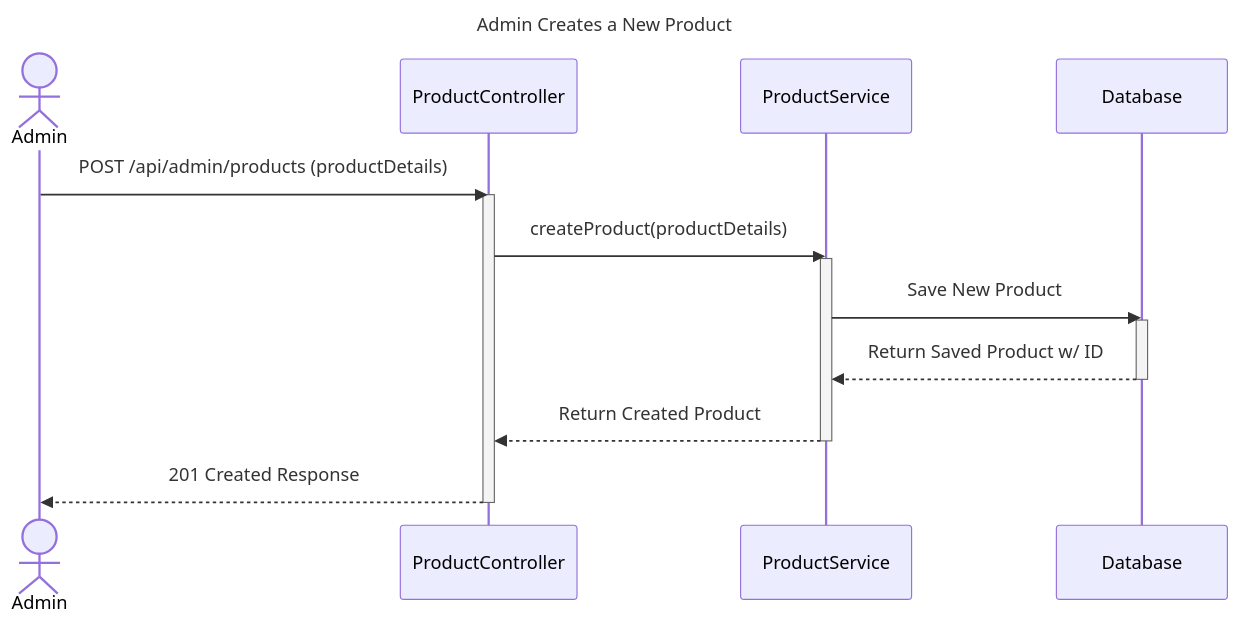
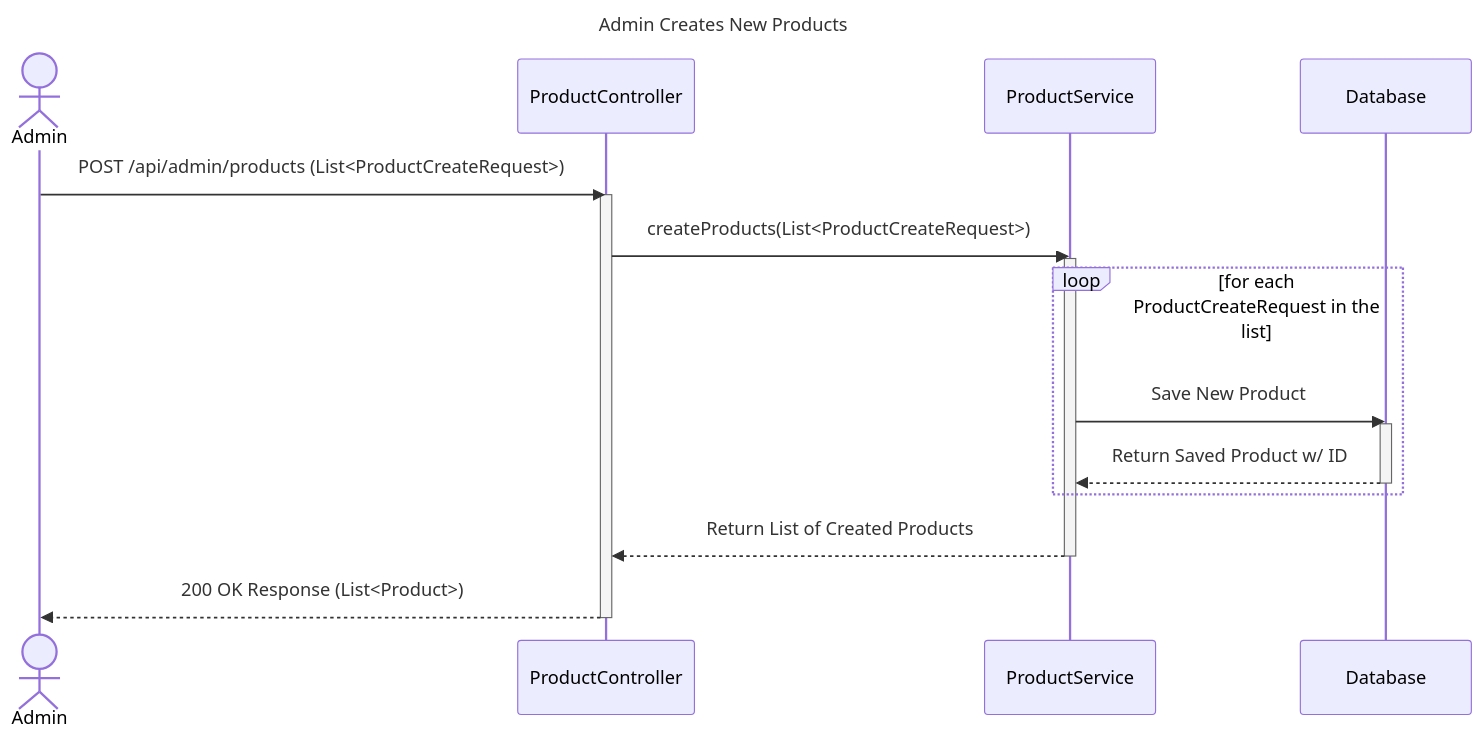
The diagram in degisn/diagram/sequence/admin_create_new_product.mmd (ngaikkeung/electronic-store-checkout-backend), drawn with Mermaid before and after one commit. The commit also changed 1 other file, not shown here.

Commit message:
Update sequence diagram

```diff
--- a/degisn/diagram/sequence/admin_create_new_product.mmd
+++ b/degisn/diagram/sequence/admin_create_new_product.mmd
@@ -1,24 +1,26 @@
 sequenceDiagram
-    title Admin Creates a New Product
+    title Admin Creates New Products
 
     actor Admin
     participant ProductController
     participant ProductService
     participant Database
 
-    Admin->>ProductController: POST /api/admin/products (productDetails)
+    Admin->>ProductController: POST /api/admin/products (List<ProductCreateRequest>)
     activate ProductController
 
-    ProductController->>ProductService: createProduct(productDetails)
+    ProductController->>ProductService: createProducts(List<ProductCreateRequest>)
     activate ProductService
 
-    ProductService->>Database: Save New Product
-    activate Database
-    Database-->>ProductService: Return Saved Product w/ ID
-    deactivate Database
+    loop for each ProductCreateRequest in the list
+        ProductService->>Database: Save New Product
+        activate Database
+        Database-->>ProductService: Return Saved Product w/ ID
+        deactivate Database
+    end
 
-    ProductService-->>ProductController: Return Created Product
+    ProductService-->>ProductController: Return List of Created Products
     deactivate ProductService
 
-    ProductController-->>Admin: 201 Created Response
+    ProductController-->>Admin: 200 OK Response (List<Product>)
     deactivate ProductController
```
